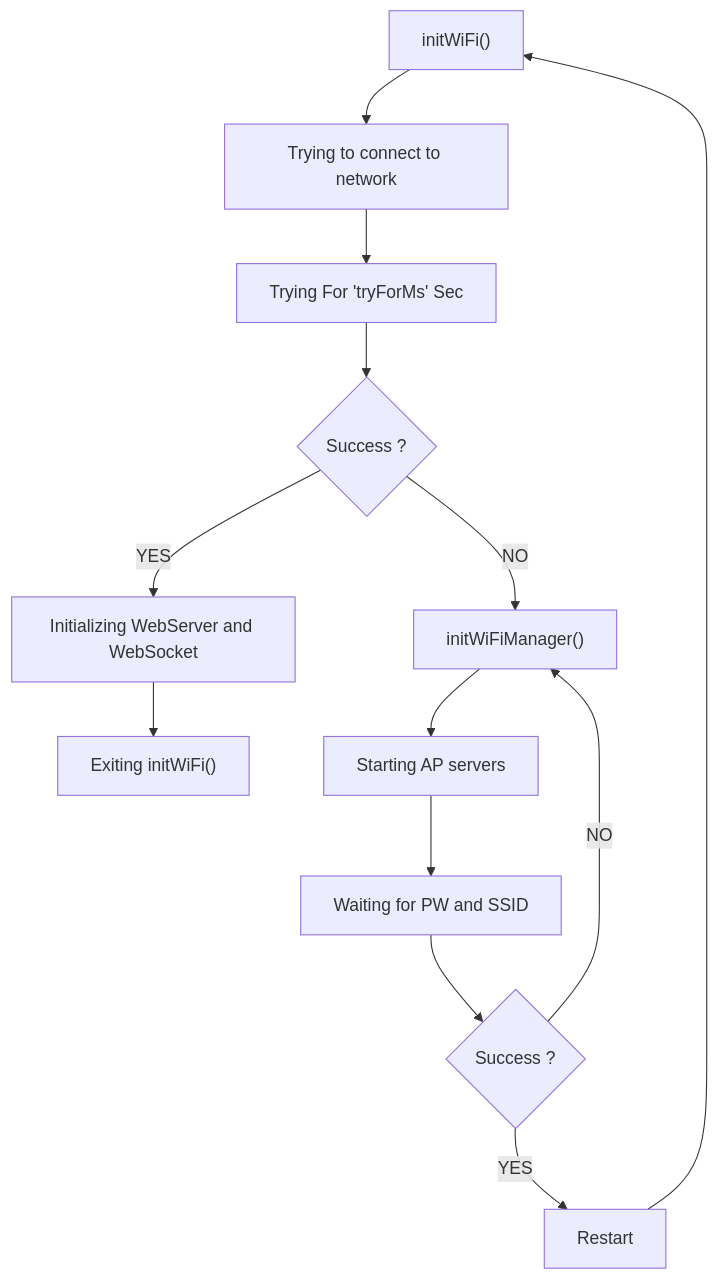
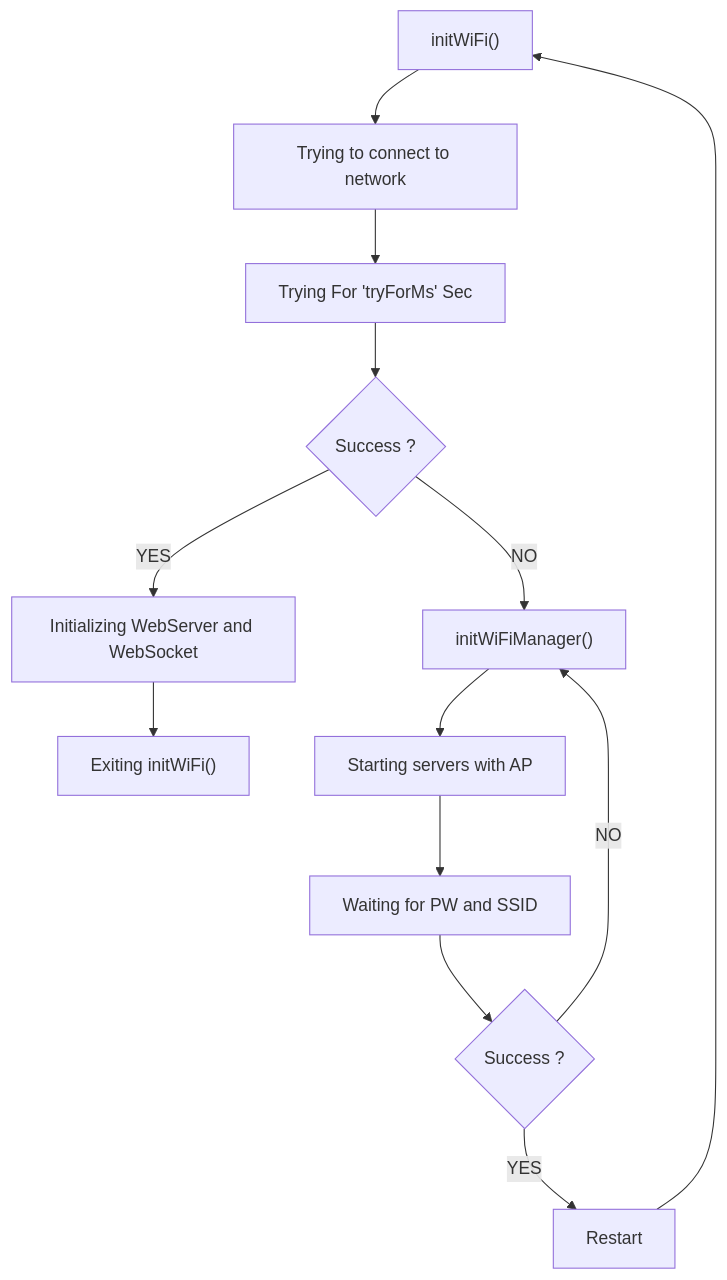
The diagram in README.md (martinvichnal/ESP-IoT-Lamp), drawn with Mermaid before and after one commit.

````diff
--- a/README.md
+++ b/README.md
@@ -8,18 +8,18 @@
 ```mermaid
 flowchart TD
     initWiFi["initWiFi()"] --> TryToConnectNetwork[Trying to connect to network]
     TryToConnectNetwork --> TryingForSec[Trying For 'tryForMs' Sec]
     TryingForSec --> Success{Success ?}
     Success -->|YES| initServer[Initializing WebServer and WebSocket]
     Success -->|NO| initWifiManager["initWiFiManager()"]
 
     initServer --> exitInitWifi["Exiting initWiFi()"]
 
-    initWifiManager --> startWebserverWifiManager["Starting AP servers"]
+    initWifiManager --> startWebserverWifiManager["Starting servers with AP"]
     startWebserverWifiManager --> GettingPWSSID["Waiting for PW and SSID"]
     GettingPWSSID --> SuccessPWSSID{Success ?}
     SuccessPWSSID -->|YES| Restart
     SuccessPWSSID -->|NO| initWifiManager["initWiFiManager()"]
 
     Restart --> initWiFi
 ```
````
